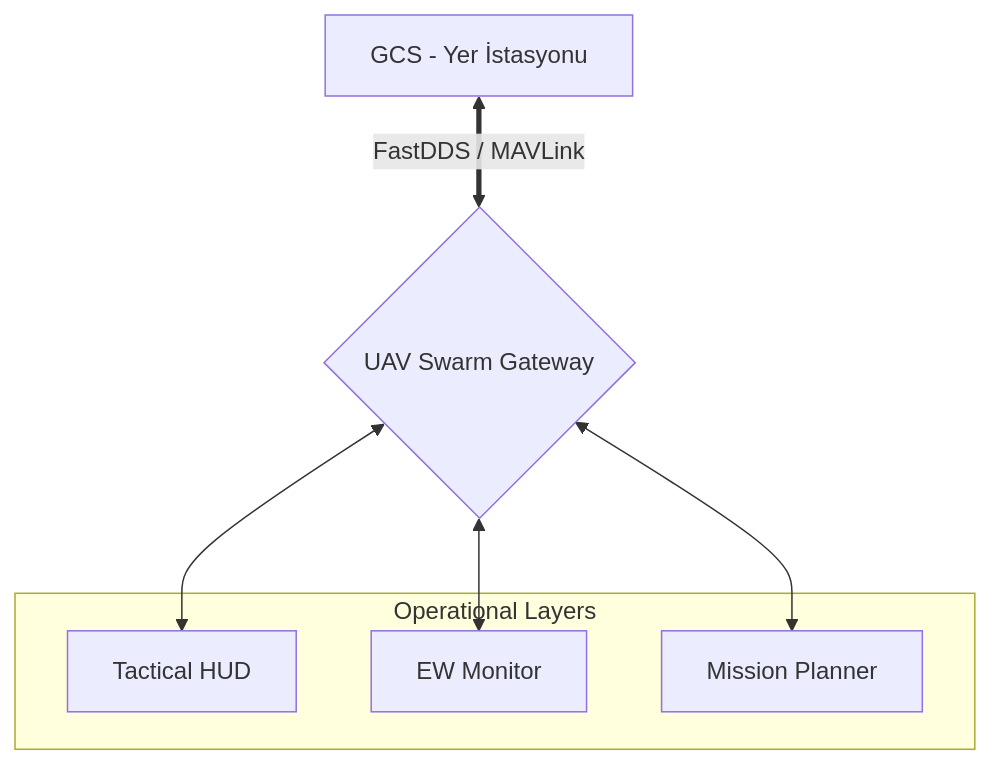
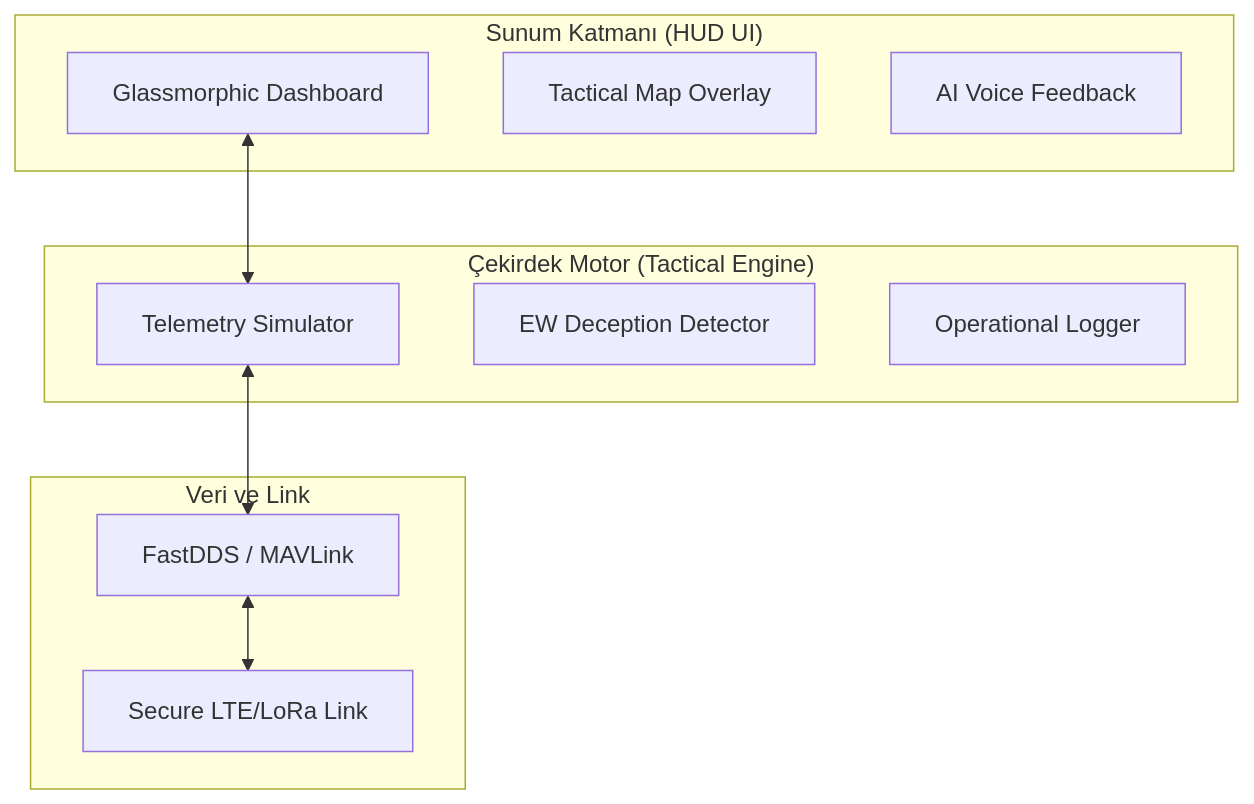
The diagram in README.md (arch-yunus/uav-mission-control), drawn with Mermaid before and after one commit. The commit also changed other lines of this file and 4 other files, not shown here.

Commit message:
UAV Mission Control v3.0: Sovereign Interface Update. Added 3D HUD, Voice Synthesis, and Spectrum Analyzer.

````diff
--- a/README.md
+++ b/README.md
@@ -27,13 +34,23 @@
 ```mermaid
 graph TD
-    A[GCS - Yer İstasyonu] <==>|FastDDS / MAVLink| B{UAV Swarm Gateway}
-    B <--> C[Tactical HUD]
-    B <--> D[EW Monitor]
-    B <--> E[Mission Planner]
-    
-    subgraph "Operational Layers"
-    C
-    D
-    E
+    subgraph "Sunum Katmanı (HUD UI)"
+        UI[Glassmorphic Dashboard]
+        MAP[Tactical Map Overlay]
+        VOICE[AI Voice Feedback]
     end
+
+    subgraph "Çekirdek Motor (Tactical Engine)"
+        SIM[Telemetry Simulator]
+        EW[EW Deception Detector]
+        LOG[Operational Logger]
+    end
+
+    subgraph "Veri ve Link"
+        DDS[FastDDS / MAVLink]
+        LINK[Secure LTE/LoRa Link]
+    end
+
+    UI <--> SIM
+    SIM <--> DDS
+    DDS <--> LINK
 ```
````
